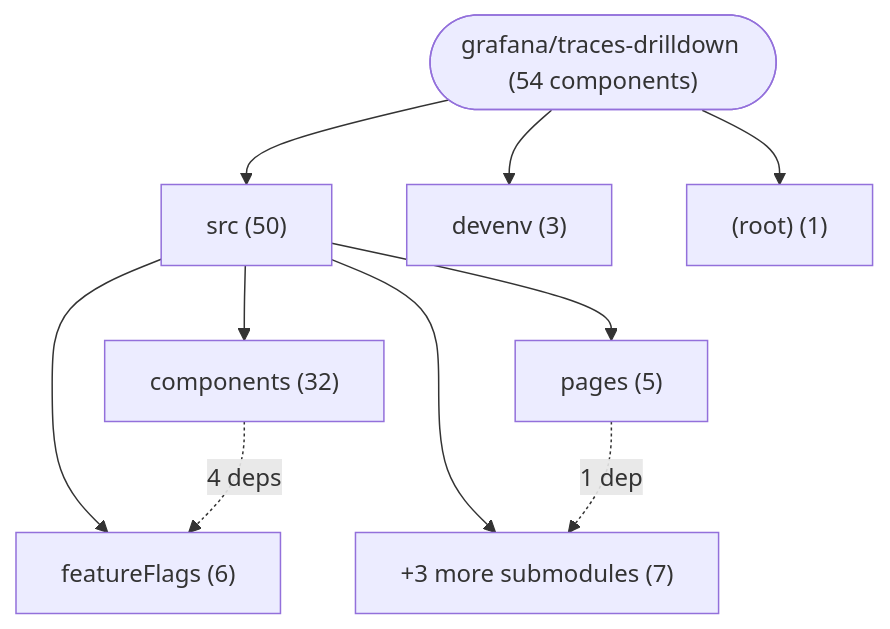
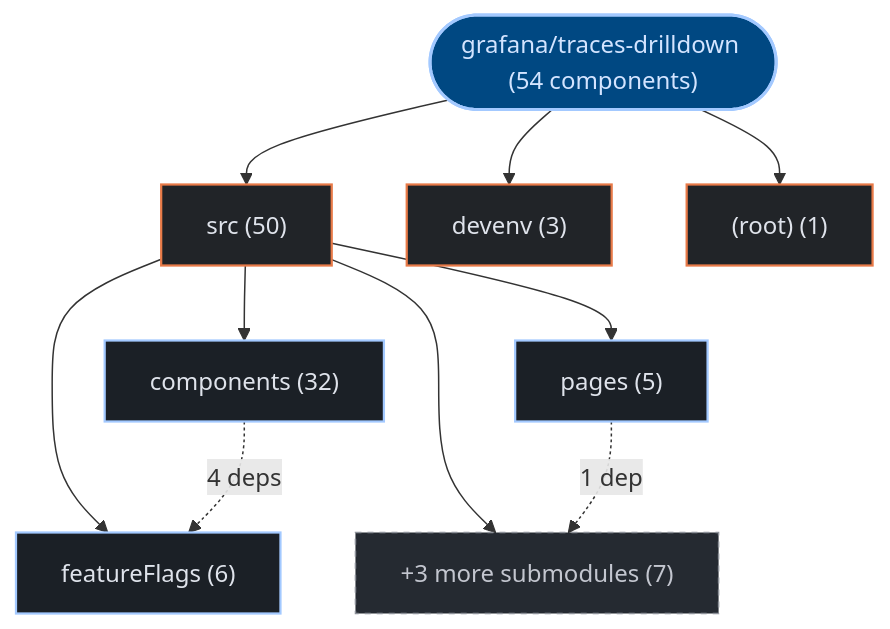
Before and after one commit to kumarshaz/atruss-code-atlas: the first of 3 diagrams in exports/latest/reports/grafana-traces-drilldown-report.md, drawn with Mermaid. The commit also changed other lines of this file and 331 other files, not shown here.

Commit message:
docs,ui,fix: update SDLC docs, reorder CI/CD DAG first, stylize Mermaid, and fix Arc42 pipeline topology

````diff
--- a/exports/latest/reports/grafana-traces-drilldown-report.md
+++ b/exports/latest/reports/grafana-traces-drilldown-report.md
@@ -42,20 +42,27 @@
 ```mermaid
 graph TD;
-    repo_root(["grafana/traces-drilldown (54 components)"])
-    dir_0_src["src (50)"]
+  classDef atlasRoot fill:#004882,stroke:#a3c9ff,stroke-width:2px,color:#d3e4ff
+  classDef atlasCategory fill:#212428,stroke:#E87A48,stroke-width:1.5px,color:#dfe3eb
+  classDef atlasWorkflow fill:#1b2026,stroke:#a3c9ff,stroke-width:1.5px,color:#dfe3eb
+  classDef atlasJob fill:#171c22,stroke:#8d9199,stroke-width:1px,color:#dfe3eb
+  classDef atlasTarget fill:#005227,stroke:#8bd99b,stroke-width:1.5px,color:#a7f6b6
+  classDef atlasAlert fill:#93000a,stroke:#ffb4ab,stroke-width:1.5px,color:#ffdad6
+  classDef atlasMore fill:#252a31,stroke:#8d9199,stroke-dasharray:4 4,color:#c3c6cf
+    repo_root(["grafana/traces-drilldown (54 components)"]):::atlasRoot
+    dir_0_src["src (50)"]:::atlasCategory
     repo_root --> dir_0_src
-    sub_0_0_components["components (32)"]
+    sub_0_0_components["components (32)"]:::atlasWorkflow
     dir_0_src --> sub_0_0_components
-    sub_0_1_featureFlags["featureFlags (6)"]
+    sub_0_1_featureFlags["featureFlags (6)"]:::atlasWorkflow
     dir_0_src --> sub_0_1_featureFlags
-    sub_0_2_pages["pages (5)"]
+    sub_0_2_pages["pages (5)"]:::atlasWorkflow
     dir_0_src --> sub_0_2_pages
-    sub_0_more["+3 more submodules (7)"]
+    sub_0_more["+3 more submodules (7)"]:::atlasMore
     dir_0_src --> sub_0_more
-    dir_1_devenv["devenv (3)"]
+    dir_1_devenv["devenv (3)"]:::atlasCategory
     repo_root --> dir_1_devenv
-    dir_2__root_["(root) (1)"]
+    dir_2__root_["(root) (1)"]:::atlasCategory
     repo_root --> dir_2__root_
     sub_0_0_components -.->|"4 deps"| sub_0_1_featureFlags
     sub_0_2_pages -.->|"1 dep"| sub_0_more
 ```
````
